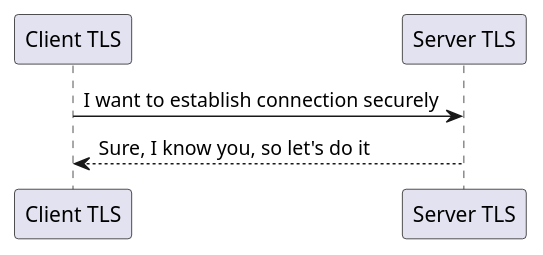
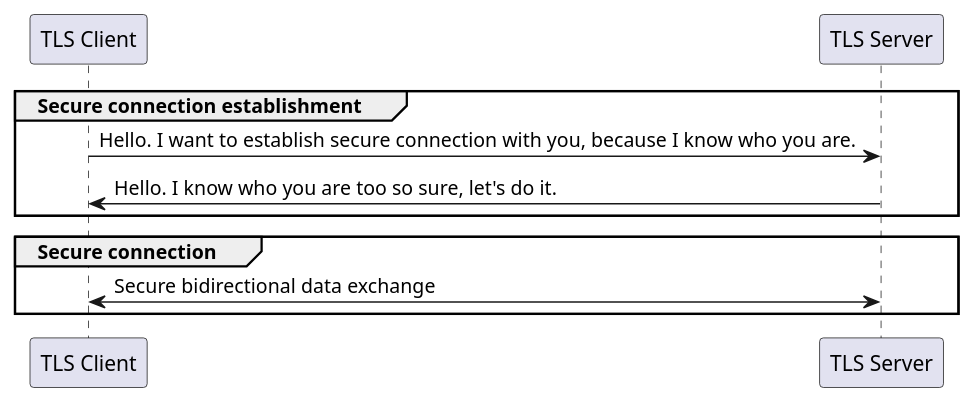
The first of 2 diagrams in src/README.adoc (archipelagos/simple_pki), drawn with PlantUML before and after one commit. The commit also changed other lines of this file, not shown here.

Commit message:
Added dynamic diagrams.

```diff
--- a/src/README.adoc
+++ b/src/README.adoc
@@ -94,12 +94,18 @@
-[plantuml, format="png", id="relation_to_ca"]
+[plantuml, format="png", id="simplified_tls_connection_establishment"]
 ----
 @startuml
 
-participant "Client TLS" as client
-participant "Server TLS" as server
+participant "TLS Client" as client
+participant "TLS Server" as server
 
-client -> server: I want to establish connection securely
-server --> client: Sure, I know you, so let's do it
+group Secure connection establishment
+client -> server: Hello. I want to establish secure connection with you, because I know who you are.
+server -> client: Hello. I know who you are too so sure, let's do it.
+end
+
+group Secure connection
+client <-> server: Secure bidirectional data exchange
+end
 
 @enduml
 ----
```
